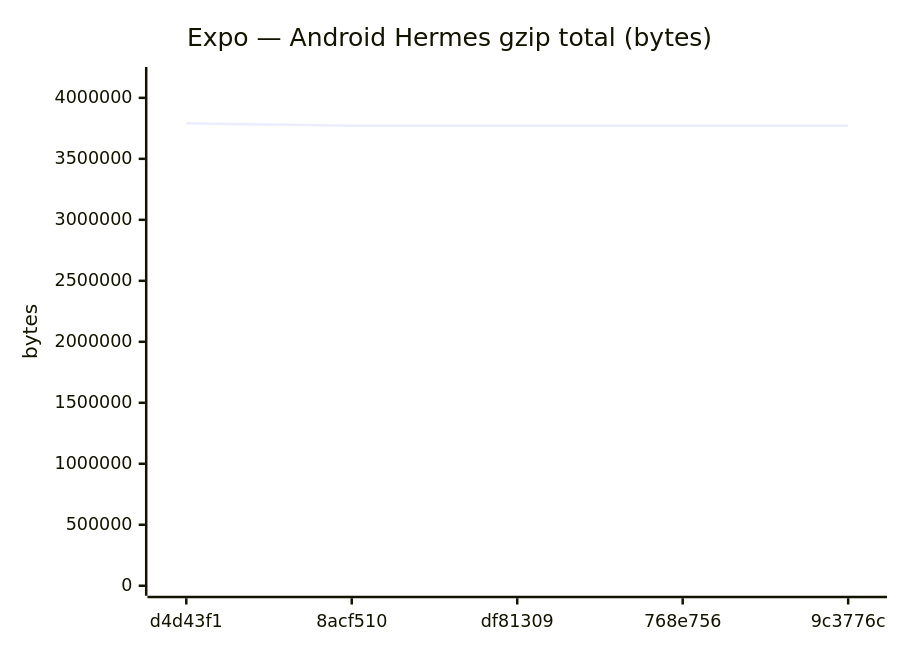
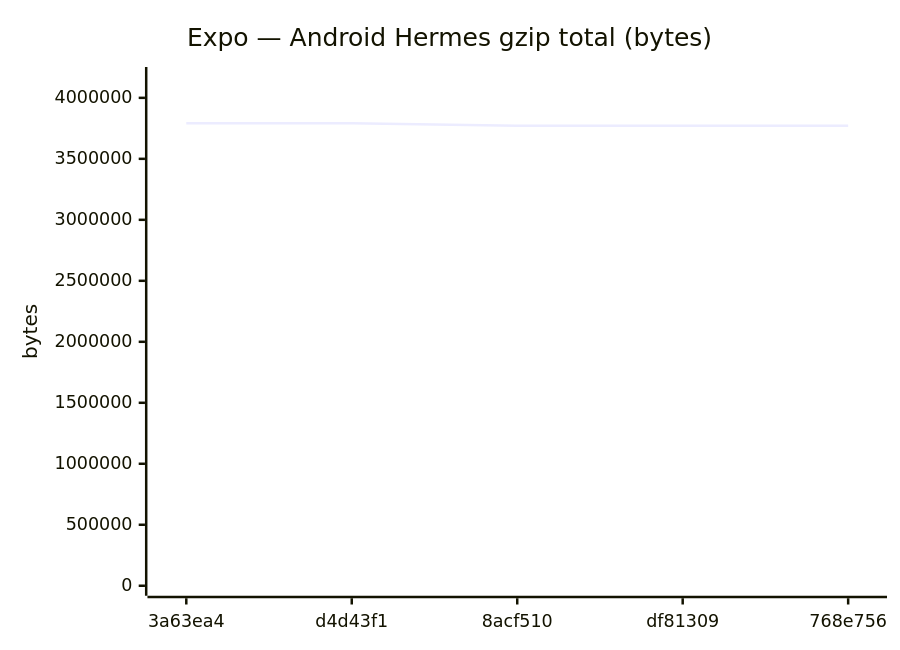
Diagram 11 of 18 in benchmarks/compare.md (Metaheurist/Rianell), drawn with Mermaid before and after one commit. The commit also changed other lines of this file and 11 other files, not shown here.

````diff
--- a/benchmarks/compare.md
+++ b/benchmarks/compare.md
@@ -172,7 +172,7 @@
 ```mermaid
 xychart-beta
     title "Expo — Android Hermes gzip total (bytes)"
-    x-axis ["d4d43f1", "8acf510", "df81309", "768e756", "9c3776c"]
+    x-axis ["3a63ea4", "d4d43f1", "8acf510", "df81309", "768e756"]
     y-axis "bytes" 0 --> 4170888
-    line [3791716, 3770636, 3770634, 3771343, 3770634]
+    line [3791714, 3791716, 3770636, 3770634, 3771343]
 ```
````
